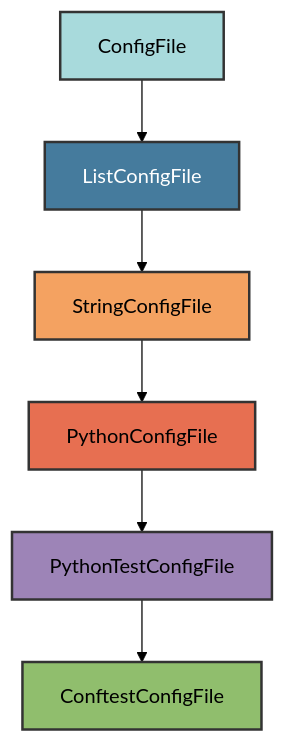
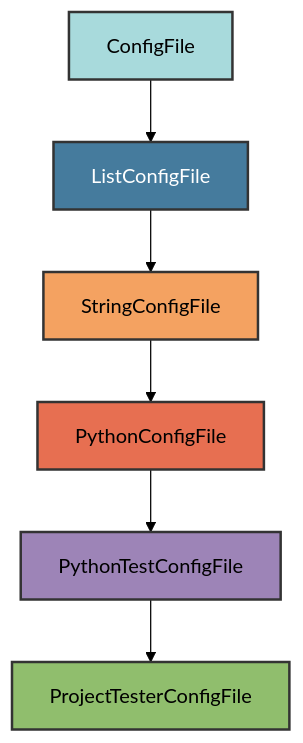
Before and after one commit to Winipedia/pyrig: the diagram in docs/configs/conftest.md, drawn with Mermaid (forest theme). The commit also changed other lines of this file and 2 other files, not shown here.

Commit message:
tool cfs generic names

````diff
--- a/docs/configs/conftest.md
+++ b/docs/configs/conftest.md
@@ -16,15 +16,15 @@
 ```mermaid
 graph TD
     A[ConfigFile] --> B[ListConfigFile]
     B --> C[StringConfigFile]
     C --> D[PythonConfigFile]
     D --> E[PythonTestConfigFile]
-    E --> F[ConftestConfigFile]
+    E --> F[ProjectTesterConfigFile]
 
     style A fill:#a8dadc,stroke:#333,stroke-width:2px,color:#000
     style B fill:#457b9d,stroke:#333,stroke-width:2px,color:#fff
     style C fill:#f4a261,stroke:#333,stroke-width:2px,color:#000
     style D fill:#e76f51,stroke:#333,stroke-width:2px,color:#000
     style E fill:#9d84b7,stroke:#333,stroke-width:2px,color:#000
     style F fill:#90be6d,stroke:#333,stroke-width:2px,color:#000
 ```
````
